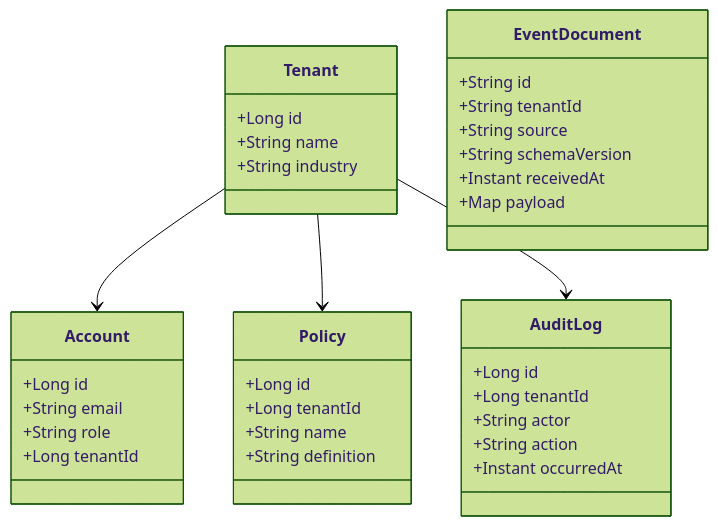
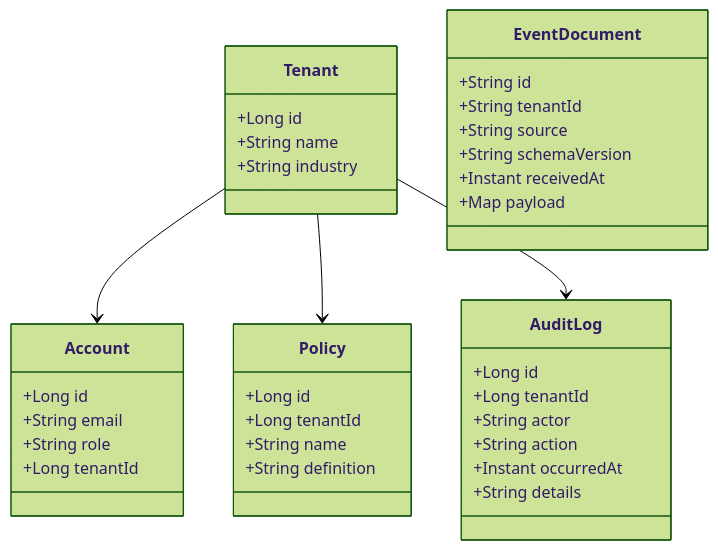
One commit to jayas9896/DataTrust360 changed the second of 4 diagrams in docs/diagrams.md. Above: the diagram before and after it, drawn with Mermaid (forest theme). The commit also changed 3 other files, not shown here.

First line of the commit message:
Update audit schema documentation

````diff
--- a/docs/diagrams.md
+++ b/docs/diagrams.md
@@ -56,39 +56,40 @@
 ```mermaid
 classDiagram
   class Tenant {
     +Long id
     +String name
     +String industry
   }
   class Account {
     +Long id
     +String email
     +String role
     +Long tenantId
   }
   class Policy {
     +Long id
     +Long tenantId
     +String name
     +String definition
   }
   class AuditLog {
     +Long id
     +Long tenantId
     +String actor
     +String action
     +Instant occurredAt
+    +String details
   }
   class EventDocument {
     +String id
     +String tenantId
     +String source
     +String schemaVersion
     +Instant receivedAt
     +Map payload
   }
 
   Tenant --> Account
   Tenant --> Policy
   Tenant --> AuditLog
 ```
````
